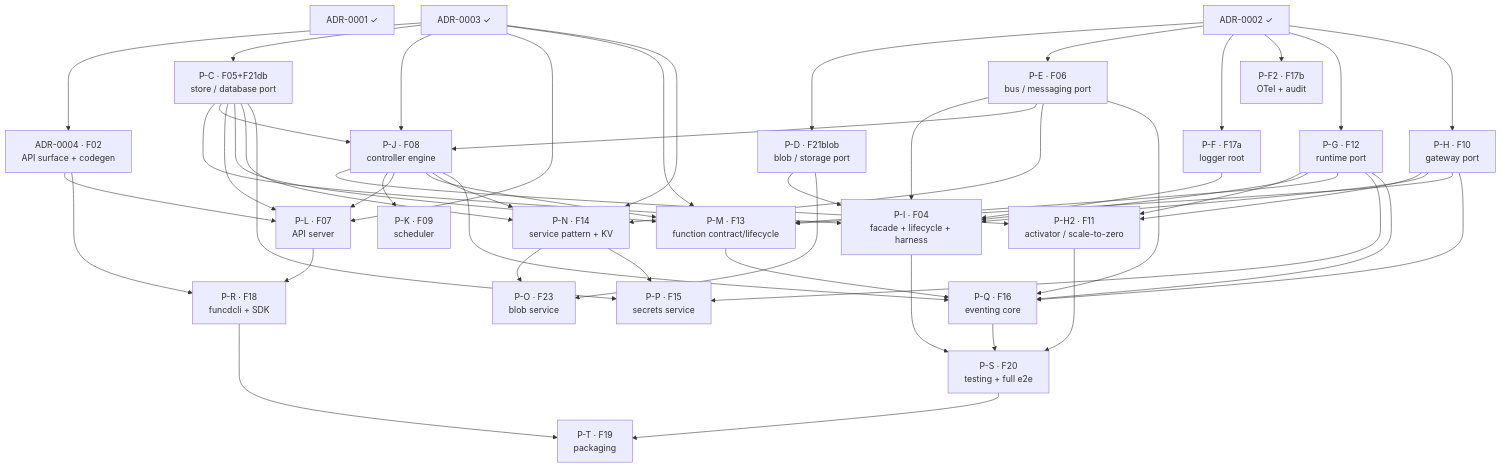
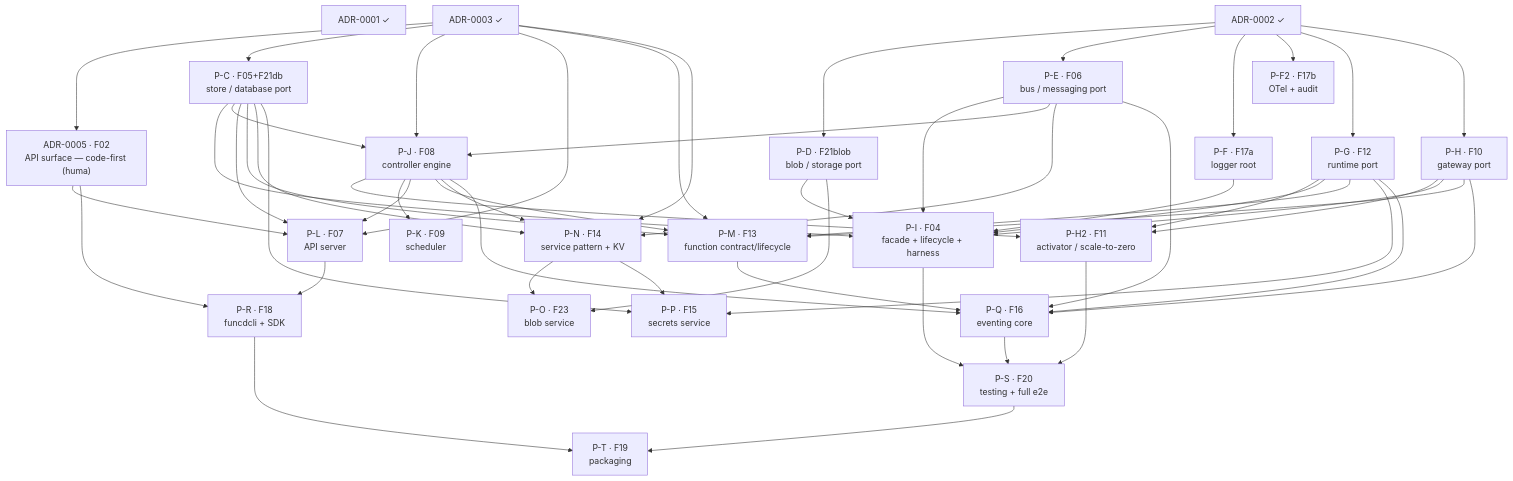
Before and after one commit to pyvvo/funcd: the diagram in docs/roadmap/v1-delivery-plan.md, drawn with Mermaid. The commit also changed other lines of this file and 24 other files, not shown here.

````diff
--- a/docs/roadmap/v1-delivery-plan.md
+++ b/docs/roadmap/v1-delivery-plan.md
@@ -89,79 +89,79 @@
 ```mermaid
 flowchart TB
     ADR_0001["ADR-0001 ✓"]
     ADR_0002["ADR-0002 ✓"]
     ADR_0003["ADR-0003 ✓"]
-    ADR_0004["ADR-0004 · F02<br/>API surface + codegen"]
+    ADR_0005["ADR-0005 · F02<br/>API surface — code-first (huma)"]
     P_C["P-C · F05+F21db<br/>store / database port"]
     P_D["P-D · F21blob<br/>blob / storage port"]
     P_E["P-E · F06<br/>bus / messaging port"]
     P_F["P-F · F17a<br/>logger root"]
     P_F2["P-F2 · F17b<br/>OTel + audit"]
     P_G["P-G · F12<br/>runtime port"]
     P_H["P-H · F10<br/>gateway port"]
     P_H2["P-H2 · F11<br/>activator / scale-to-zero"]
     P_I["P-I · F04<br/>facade + lifecycle + harness"]
     P_J["P-J · F08<br/>controller engine"]
     P_K["P-K · F09<br/>scheduler"]
     P_L["P-L · F07<br/>API server"]
     P_M["P-M · F13<br/>function contract/lifecycle"]
     P_N["P-N · F14<br/>service pattern + KV"]
     P_O["P-O · F23<br/>blob service"]
     P_P["P-P · F15<br/>secrets service"]
     P_Q["P-Q · F16<br/>eventing core"]
     P_R["P-R · F18<br/>funcdcli + SDK"]
     P_S["P-S · F20<br/>testing + full e2e"]
     P_T["P-T · F19<br/>packaging"]
 
-    ADR_0003 --> ADR_0004
+    ADR_0003 --> ADR_0005
     ADR_0003 --> P_C
     ADR_0002 --> P_D
     ADR_0002 --> P_E
     ADR_0002 --> P_F
     ADR_0002 --> P_F2
     ADR_0002 --> P_G
     ADR_0002 --> P_H
     P_H --> P_H2
     P_G --> P_H2
     P_J --> P_H2
     P_C --> P_I
     P_D --> P_I
     P_E --> P_I
     P_F --> P_I
     P_G --> P_I
     P_H --> P_I
     ADR_0003 --> P_J
     P_C --> P_J
     P_E --> P_J
     P_J --> P_K
-    ADR_0004 --> P_L
+    ADR_0005 --> P_L
     ADR_0003 --> P_L
     P_C --> P_L
     P_J --> P_L
     P_G --> P_M
     P_H --> P_M
     ADR_0003 --> P_M
     P_C --> P_M
     P_J --> P_M
     P_E --> P_N
     P_C --> P_N
     P_J --> P_N
     ADR_0003 --> P_N
     P_D --> P_O
     P_N --> P_O
     P_C --> P_P
     P_N --> P_P
     P_G --> P_P
     P_E --> P_Q
     P_H --> P_Q
     P_G --> P_Q
     P_M --> P_Q
     P_J --> P_Q
-    ADR_0004 --> P_R
+    ADR_0005 --> P_R
     P_L --> P_R
     P_I --> P_S
     P_Q --> P_S
     P_H2 --> P_S
     P_R --> P_T
     P_S --> P_T
 ```
````
